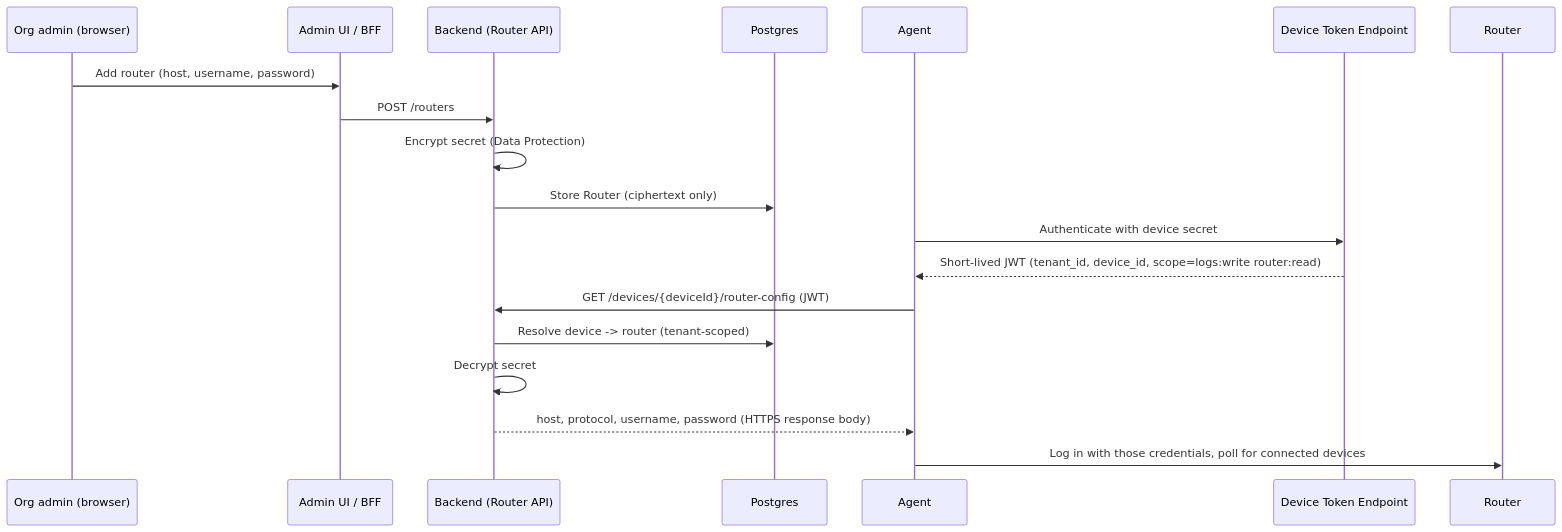
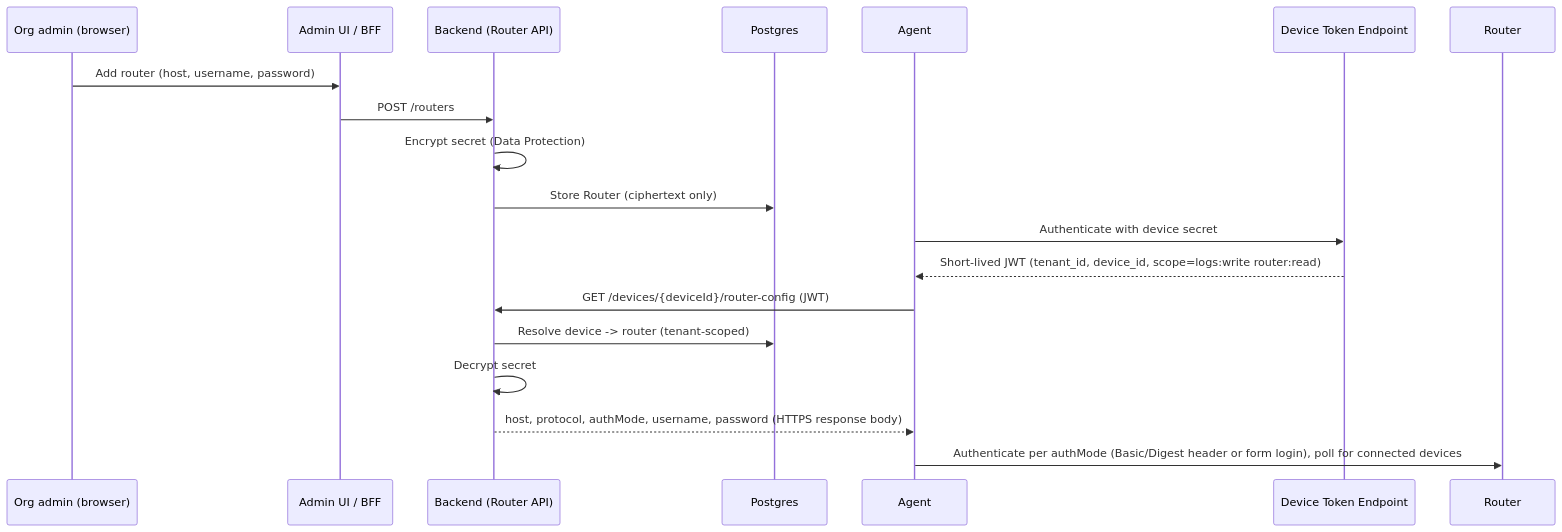
One commit to dzaba1/HomeSecurity changed the second of 2 diagrams in docs/architecture/15-router-credentials.md. Above: the diagram before and after it, drawn with Mermaid. The commit also changed other lines of this file, not shown here.

First line of the commit message:
Refine router credential design with a concrete HTTP auth mode

````diff
--- a/docs/architecture/15-router-credentials.md
+++ b/docs/architecture/15-router-credentials.md
@@ -114,23 +141,23 @@
 ```mermaid
 sequenceDiagram
   participant Admin as Org admin (browser)
   participant UI as Admin UI / BFF
   participant BE as Backend (Router API)
   participant DB as Postgres
   participant A as Agent
   participant T as Device Token Endpoint
   participant R as Router
 
   Admin->>UI: Add router (host, username, password)
   UI->>BE: POST /routers
   BE->>BE: Encrypt secret (Data Protection)
   BE->>DB: Store Router (ciphertext only)
 
   A->>T: Authenticate with device secret
   T-->>A: Short-lived JWT (tenant_id, device_id, scope=logs:write router:read)
   A->>BE: GET /devices/{deviceId}/router-config (JWT)
   BE->>DB: Resolve device -> router (tenant-scoped)
   BE->>BE: Decrypt secret
-  BE-->>A: host, protocol, username, password (HTTPS response body)
-  A->>R: Log in with those credentials, poll for connected devices
+  BE-->>A: host, protocol, authMode, username, password (HTTPS response body)
+  A->>R: Authenticate per authMode (Basic/Digest header or form login), poll for connected devices
 ```
````
